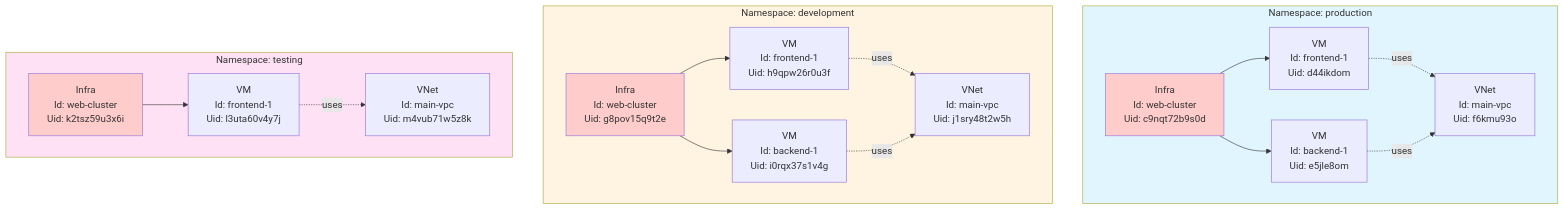
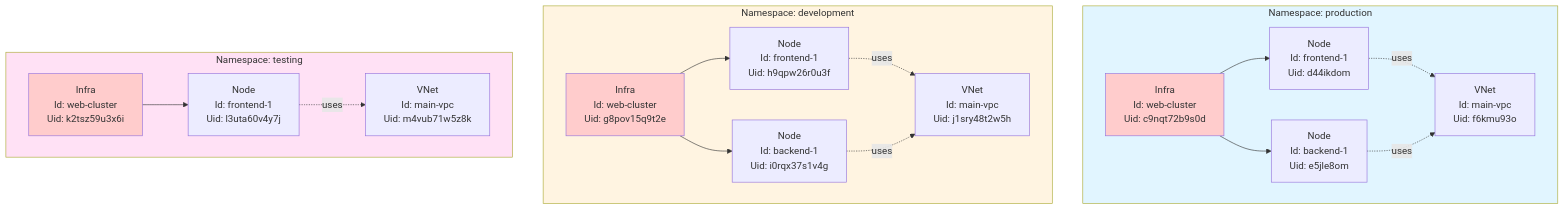
The second of 10 diagrams in docs/feature_guide/namespace-and-resource-identity.md (cloud-barista/cb-tumblebug), drawn with Mermaid before and after one commit. The commit also changed other lines of this file and 81 other files, not shown here.

````diff
--- a/docs/feature_guide/namespace-and-resource-identity.md
+++ b/docs/feature_guide/namespace-and-resource-identity.md
@@ -48,43 +48,43 @@
 ```mermaid
 graph TB
     subgraph NS_PROD["Namespace: production"]
         Infra_PROD["Infra<br/>Id: web-cluster<br/>Uid: c9nqt72b9s0d"]
-        VM_PROD_1["VM<br/>Id: frontend-1<br/>Uid: d44ikdom"]
-        VM_PROD_2["VM<br/>Id: backend-1<br/>Uid: e5jle8om"]
+        VM_PROD_1["Node<br/>Id: frontend-1<br/>Uid: d44ikdom"]
+        VM_PROD_2["Node<br/>Id: backend-1<br/>Uid: e5jle8om"]
         VNET_PROD["VNet<br/>Id: main-vpc<br/>Uid: f6kmu93o"]
         
         Infra_PROD --> VM_PROD_1
         Infra_PROD --> VM_PROD_2
         VM_PROD_1 -.uses.-> VNET_PROD
         VM_PROD_2 -.uses.-> VNET_PROD
     end
     
     subgraph NS_DEV["Namespace: development"]
         Infra_DEV["Infra<br/>Id: web-cluster<br/>Uid: g8pov15q9t2e"]
-        VM_DEV_1["VM<br/>Id: frontend-1<br/>Uid: h9qpw26r0u3f"]
-        VM_DEV_2["VM<br/>Id: backend-1<br/>Uid: i0rqx37s1v4g"]
+        VM_DEV_1["Node<br/>Id: frontend-1<br/>Uid: h9qpw26r0u3f"]
+        VM_DEV_2["Node<br/>Id: backend-1<br/>Uid: i0rqx37s1v4g"]
         VNET_DEV["VNet<br/>Id: main-vpc<br/>Uid: j1sry48t2w5h"]
         
         Infra_DEV --> VM_DEV_1
         Infra_DEV --> VM_DEV_2
         VM_DEV_1 -.uses.-> VNET_DEV
         VM_DEV_2 -.uses.-> VNET_DEV
     end
     
     subgraph NS_TEST["Namespace: testing"]
         Infra_TEST["Infra<br/>Id: web-cluster<br/>Uid: k2tsz59u3x6i"]
-        VM_TEST_1["VM<br/>Id: frontend-1<br/>Uid: l3uta60v4y7j"]
+        VM_TEST_1["Node<br/>Id: frontend-1<br/>Uid: l3uta60v4y7j"]
         VNET_TEST["VNet<br/>Id: main-vpc<br/>Uid: m4vub71w5z8k"]
         
         Infra_TEST --> VM_TEST_1
         VM_TEST_1 -.uses.-> VNET_TEST
     end
     
     style NS_PROD fill:#e1f5ff
     style NS_DEV fill:#fff4e1
     style NS_TEST fill:#ffe1f5
     
     style Infra_PROD fill:#ffcccc
     style Infra_DEV fill:#ffcccc
     style Infra_TEST fill:#ffcccc
 ```
````
